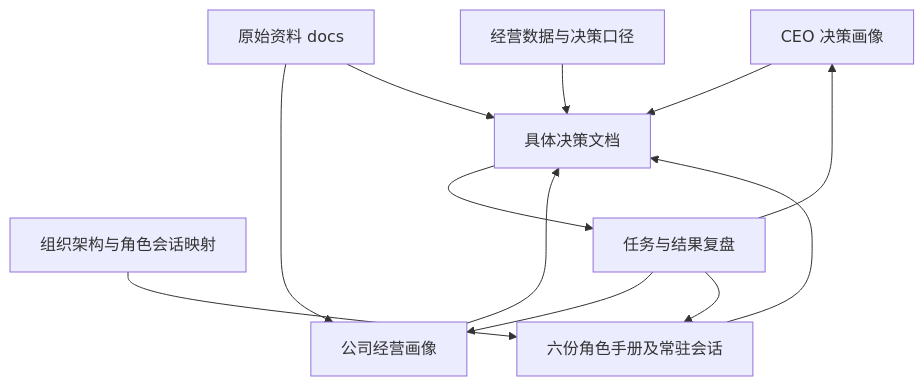
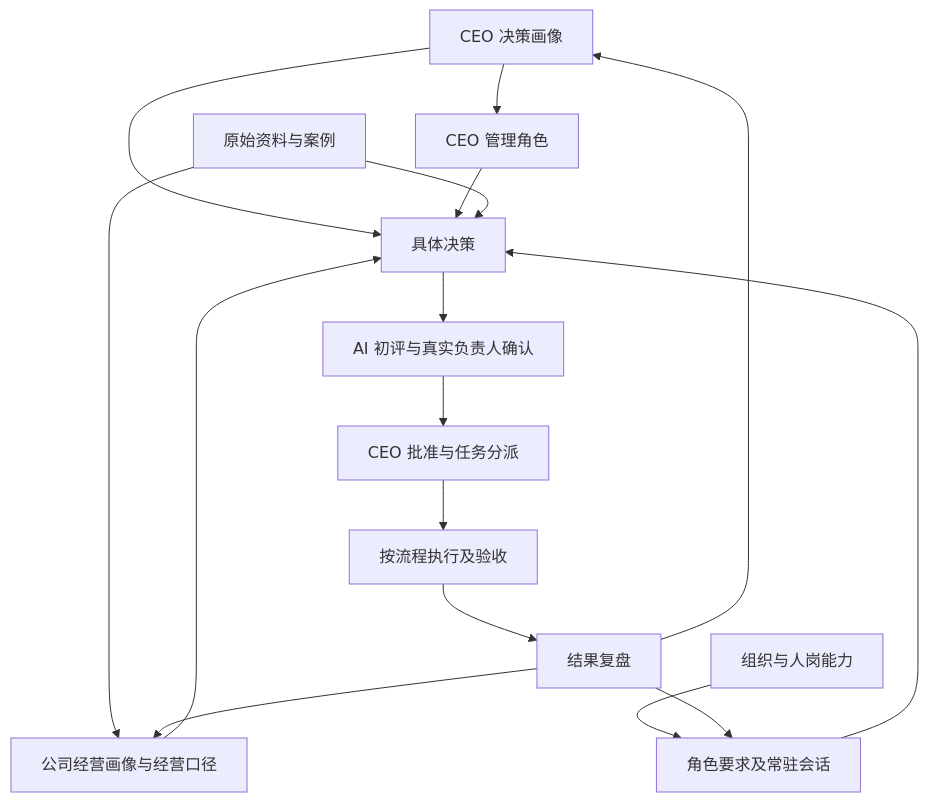
The diagram in README.md (haoyang877/WZD-Amazon-Management), drawn with Mermaid before and after one commit. The commit also changed other lines of this file and 39 other files, not shown here.

````diff
--- a/README.md
+++ b/README.md
@@ -59,14 +96,18 @@
 ```mermaid
 flowchart TD
-    CEO[CEO 决策画像] --> DEC[具体决策文档]
-    CO[公司经营画像] --> DEC
-    RULE[经营数据与决策口径] --> DEC
-    ORG[组织架构与角色会话映射] --> ROLE[六份角色手册及常驻会话]
-    ROLE --> DEC
-    SOURCE[原始资料 docs] --> CO
-    SOURCE --> DEC
-    DEC --> RESULT[任务与结果复盘]
-    RESULT --> CEO
-    RESULT --> CO
-    RESULT --> ROLE
+    P[CEO 决策画像] --> M[CEO 管理角色]
+    C[公司经营画像与经营口径] --> D[具体决策]
+    P --> D
+    O[组织与人岗能力] --> R[角色要求及常驻会话]
+    M --> D
+    R --> D
+    D --> A[AI 初评与真实负责人确认]
+    A --> B[CEO 批准与任务分派]
+    B --> F[按流程执行及验收]
+    F --> V[结果复盘]
+    S[原始资料与案例] --> C
+    S --> D
+    V --> P
+    V --> C
+    V --> R
 ```
````
